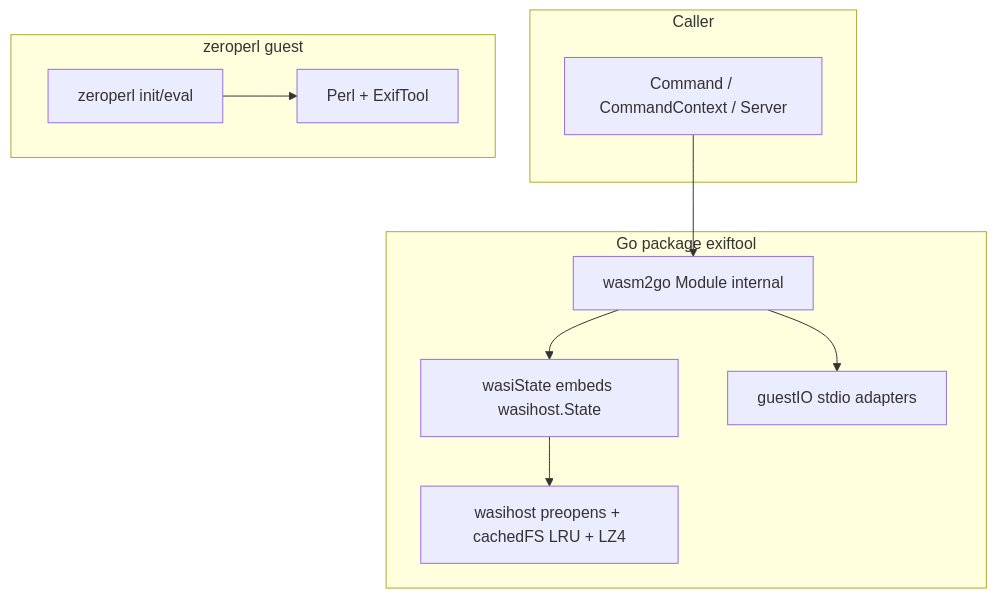
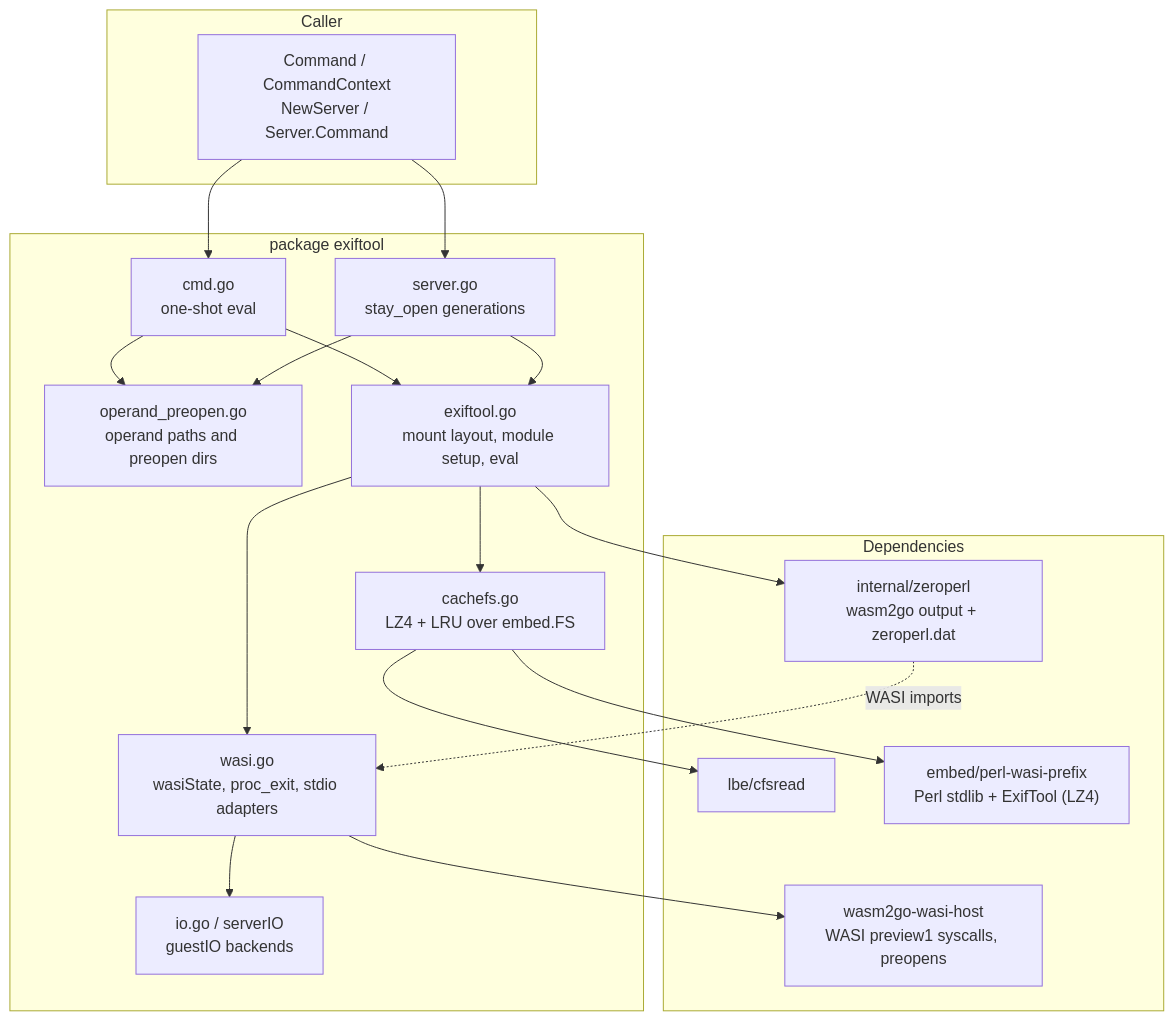
Before and after one commit to lbe/go-exiftool-wasm: the first of 6 diagrams in ARCHITECTURE.md, drawn with Mermaid. The commit also changed other lines of this file and 31 other files, not shown here.

````diff
--- a/ARCHITECTURE.md
+++ b/ARCHITECTURE.md
@@ -19,22 +20,36 @@
 ```mermaid
 flowchart TB
-  subgraph app [Caller]
-    API[Command / CommandContext / Server]
+  subgraph caller [Caller]
+    API["Command / CommandContext<br/>NewServer / Server.Command"]
   end
-  subgraph host [Go package exiftool]
-    MOD[wasm2go Module internal]
-    WASI[wasiState embeds wasihost.State]
-    IO[guestIO stdio adapters]
-    FS[wasihost preopens + cachedFS LRU + LZ4]
+  subgraph pkg [package exiftool]
+    CMD["cmd.go<br/>one-shot eval"]
+    SRV["server.go<br/>stay_open generations"]
+    OPS["operand_preopen.go<br/>operand paths and preopen dirs"]
+    MODCFG["exiftool.go<br/>mount layout, module setup, eval"]
+    WASI["wasi.go<br/>wasiState, proc_exit, stdio adapters"]
+    IO["io.go / serverIO<br/>guestIO backends"]
+    CFS["cachefs.go<br/>LZ4 + LRU over embed.FS"]
   end
-  subgraph guest [zeroperl guest]
-    ZP[zeroperl init/eval]
-    PL[Perl + ExifTool]
+  subgraph deps [Dependencies]
+    ZP["internal/zeroperl<br/>wasm2go output + zeroperl.dat"]
+    HOST["wasm2go-wasi-host<br/>WASI preview1 syscalls, preopens"]
+    CFSR["lbe/cfsread"]
+    EMB["embed/perl-wasi-prefix<br/>Perl stdlib + ExifTool (LZ4)"]
   end
 
-  API --> MOD
-  MOD --> WASI
-  MOD --> IO
-  WASI --> FS
-  ZP --> PL
+  API --> CMD
+  API --> SRV
+  CMD --> OPS
+  SRV --> OPS
+  CMD --> MODCFG
+  SRV --> MODCFG
+  MODCFG --> WASI
+  MODCFG --> CFS
+  WASI --> IO
+  WASI --> HOST
+  MODCFG --> ZP
+  CFS --> CFSR
+  CFS --> EMB
+  ZP -. "WASI imports" .-> WASI
 ```
````
